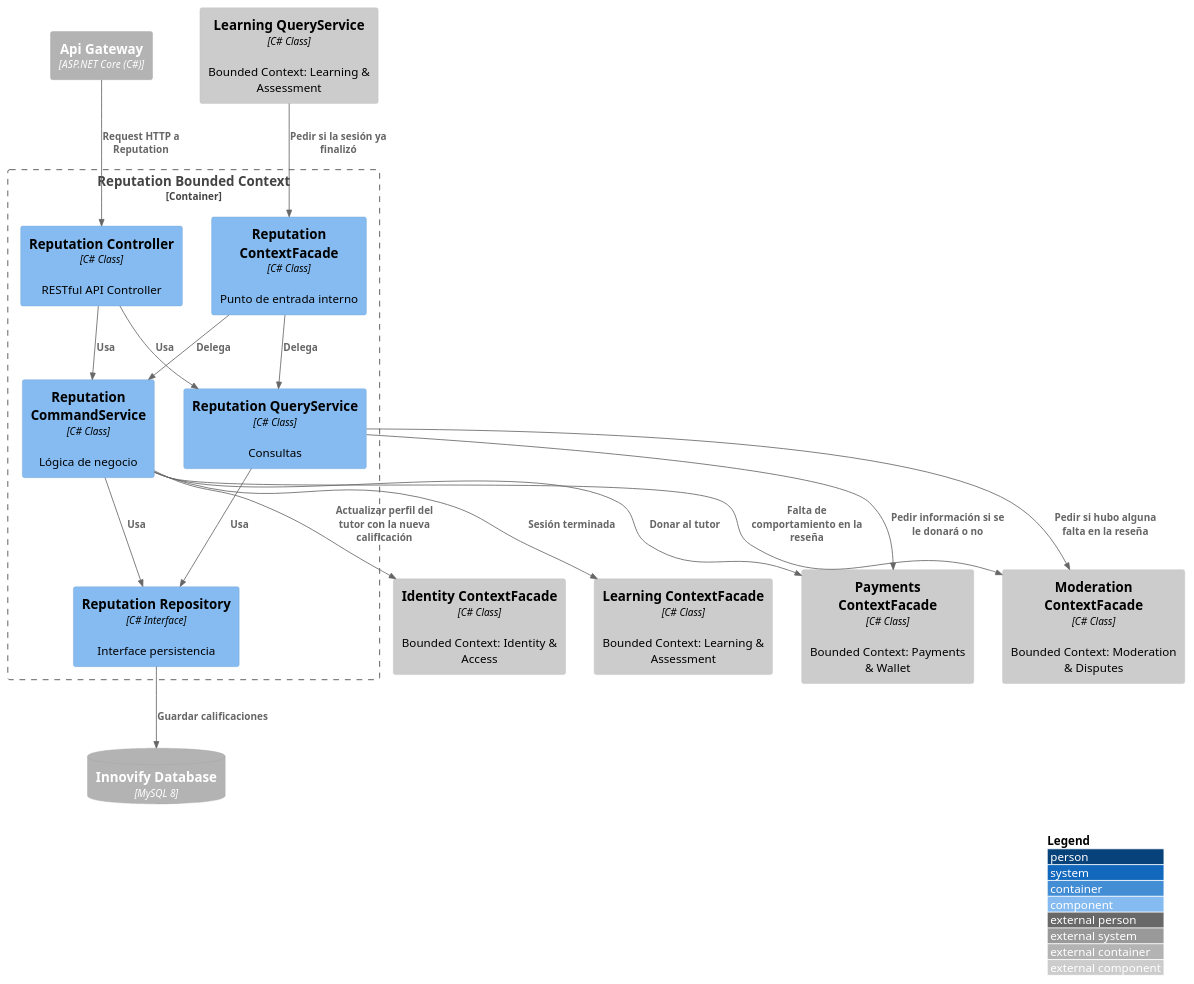
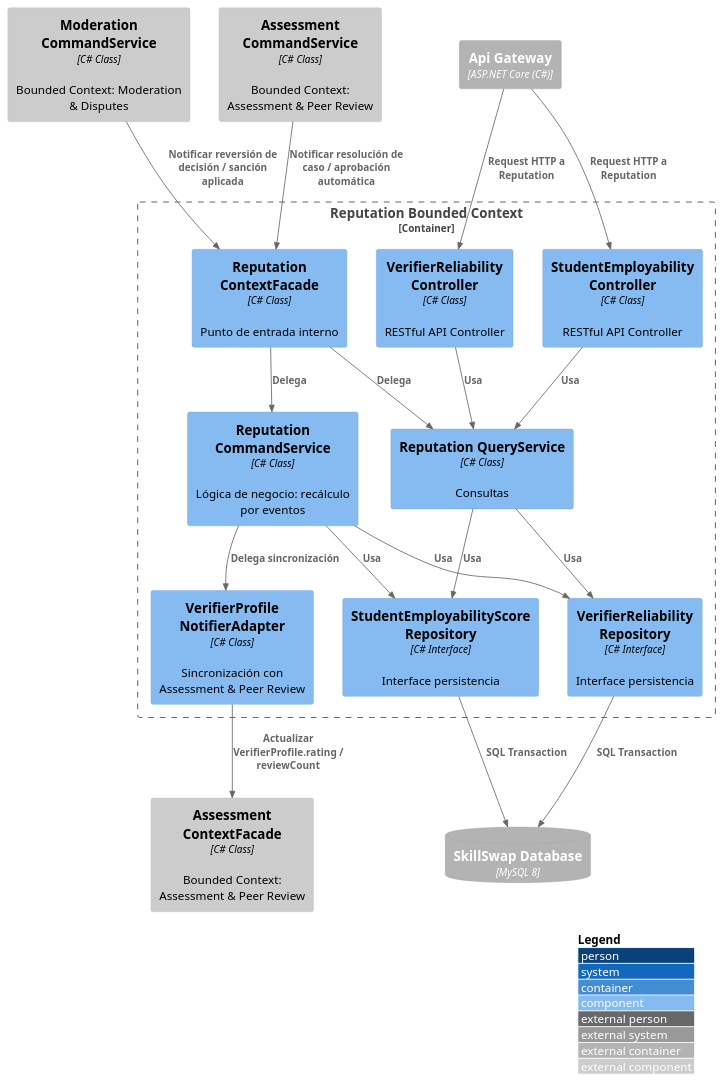
Before and after one commit to Aplicaciones-Dispositivos-Moviles/SkillSwap-ProjectReport: the diagram in DB&C4/Component Diagram — Reputation.puml, drawn with PlantUML. The commit also changed 23 other files, not shown here.

```diff
--- a/DB&C4/Component Diagram — Reputation.puml
+++ b/DB&C4/Component Diagram — Reputation.puml
@@ -1,41 +1,45 @@
 @startuml ReputationComponent
 !include https://raw.githubusercontent.com/plantuml-stdlib/C4-PlantUML/master/C4_Component.puml
 
 LAYOUT_WITH_LEGEND()
 
 Container_Ext(apiGateway, "Api Gateway", "ASP.NET Core (C#)")
-ContainerDb_Ext(mainDB, "Innovify Database", "MySQL 8")
+ContainerDb_Ext(mainDB, "SkillSwap Database", "MySQL 8")
 
 Container_Boundary(reputationBC, "Reputation Bounded Context") {
-    Component(reputationController, "Reputation Controller", "C# Class", "RESTful API Controller")
-    Component(reputationCommandService, "Reputation CommandService", "C# Class", "Lógica de negocio")
+    Component(verifierReliabilityController, "VerifierReliability Controller", "C# Class", "RESTful API Controller")
+    Component(studentEmployabilityController, "StudentEmployability Controller", "C# Class", "RESTful API Controller")
+    Component(reputationCommandService, "Reputation CommandService", "C# Class", "Lógica de negocio: recálculo por eventos")
     Component(reputationQueryService, "Reputation QueryService", "C# Class", "Consultas")
-    Component(reputationRepository, "Reputation Repository", "C# Interface", "Interface persistencia")
+    Component(verifierReliabilityRepository, "VerifierReliability Repository", "C# Interface", "Interface persistencia")
+    Component(studentEmployabilityRepository, "StudentEmployabilityScore Repository", "C# Interface", "Interface persistencia")
+    Component(verifierProfileNotifierExternal, "VerifierProfile NotifierAdapter", "C# Class", "Sincronización con Assessment & Peer Review")
     Component(reputationContextFacade, "Reputation ContextFacade", "C# Class", "Punto de entrada interno")
 }
 
-Component_Ext(learningQueryService, "Learning QueryService", "C# Class", "Bounded Context: Learning & Assessment")
-Component_Ext(learningContextFacade, "Learning ContextFacade", "C# Class", "Bounded Context: Learning & Assessment")
-Component_Ext(identityContextFacade, "Identity ContextFacade", "C# Class", "Bounded Context: Identity & Access")
-Component_Ext(moderationContextFacade, "Moderation ContextFacade", "C# Class", "Bounded Context: Moderation & Disputes")
-Component_Ext(billingContextFacade, "Payments ContextFacade", "C# Class", "Bounded Context: Payments & Wallet")
+Component_Ext(assessmentContextFacade, "Assessment ContextFacade", "C# Class", "Bounded Context: Assessment & Peer Review")
+Component_Ext(assessmentCommandService, "Assessment CommandService", "C# Class", "Bounded Context: Assessment & Peer Review")
+Component_Ext(moderationCommandService, "Moderation CommandService", "C# Class", "Bounded Context: Moderation & Disputes")
 
-Rel(apiGateway, reputationController, "Request HTTP a Reputation")
-Rel(reputationController, reputationCommandService, "Usa")
-Rel(reputationController, reputationQueryService, "Usa")
-Rel(reputationCommandService, reputationRepository, "Usa")
-Rel(reputationQueryService, reputationRepository, "Usa")
-Rel(reputationRepository, mainDB, "Guardar calificaciones")
+Rel(apiGateway, verifierReliabilityController, "Request HTTP a Reputation")
+Rel(apiGateway, studentEmployabilityController, "Request HTTP a Reputation")
+Rel(verifierReliabilityController, reputationQueryService, "Usa")
+Rel(studentEmployabilityController, reputationQueryService, "Usa")
 
-Rel(learningQueryService, reputationContextFacade, "Pedir si la sesión ya finalizó")
-Rel(reputationCommandService, learningContextFacade, "Sesión terminada")
-Rel(reputationCommandService, identityContextFacade, "Actualizar perfil del tutor con la nueva calificación")
-Rel(reputationQueryService, moderationContextFacade, "Pedir si hubo alguna falta en la reseña")
-Rel(reputationQueryService, billingContextFacade, "Pedir información si se le donará o no")
-Rel(reputationCommandService, billingContextFacade, "Donar al tutor")
-Rel(reputationCommandService, moderationContextFacade, "Falta de comportamiento en la reseña")
+Rel(reputationCommandService, verifierReliabilityRepository, "Usa")
+Rel(reputationCommandService, studentEmployabilityRepository, "Usa")
+Rel(reputationQueryService, verifierReliabilityRepository, "Usa")
+Rel(reputationQueryService, studentEmployabilityRepository, "Usa")
+Rel(verifierReliabilityRepository, mainDB, "SQL Transaction")
+Rel(studentEmployabilityRepository, mainDB, "SQL Transaction")
+
+Rel(reputationCommandService, verifierProfileNotifierExternal, "Delega sincronización")
+Rel(verifierProfileNotifierExternal, assessmentContextFacade, "Actualizar VerifierProfile.rating / reviewCount")
 
 Rel(reputationContextFacade, reputationCommandService, "Delega")
 Rel(reputationContextFacade, reputationQueryService, "Delega")
 
+Rel(assessmentCommandService, reputationContextFacade, "Notificar resolución de caso / aprobación automática")
+Rel(moderationCommandService, reputationContextFacade, "Notificar reversión de decisión / sanción aplicada")
+
 @enduml
```
